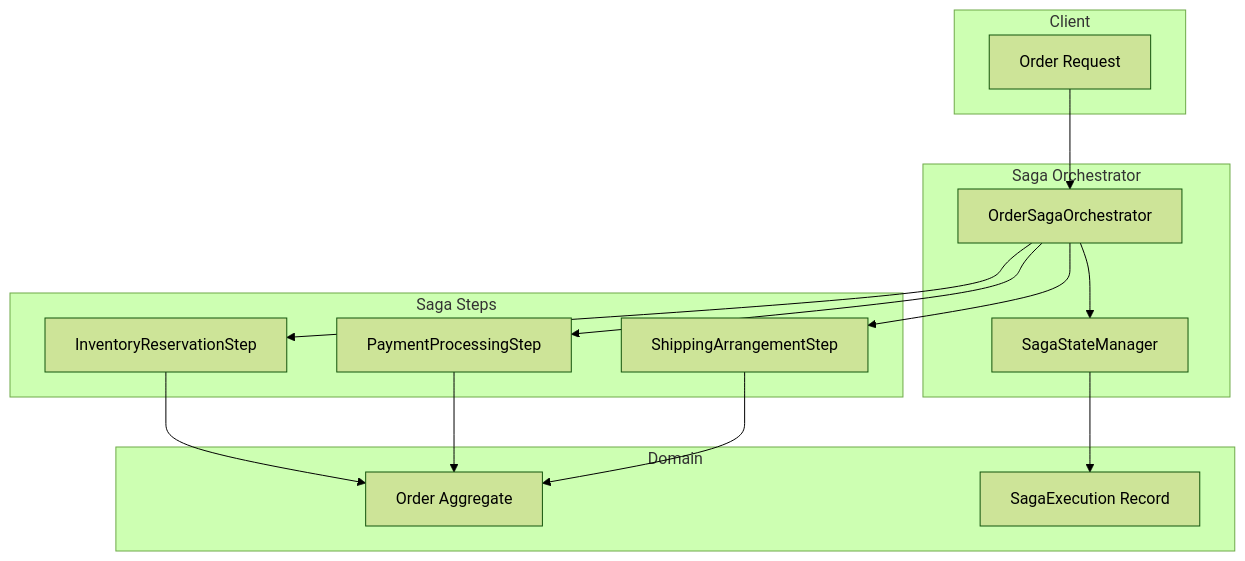
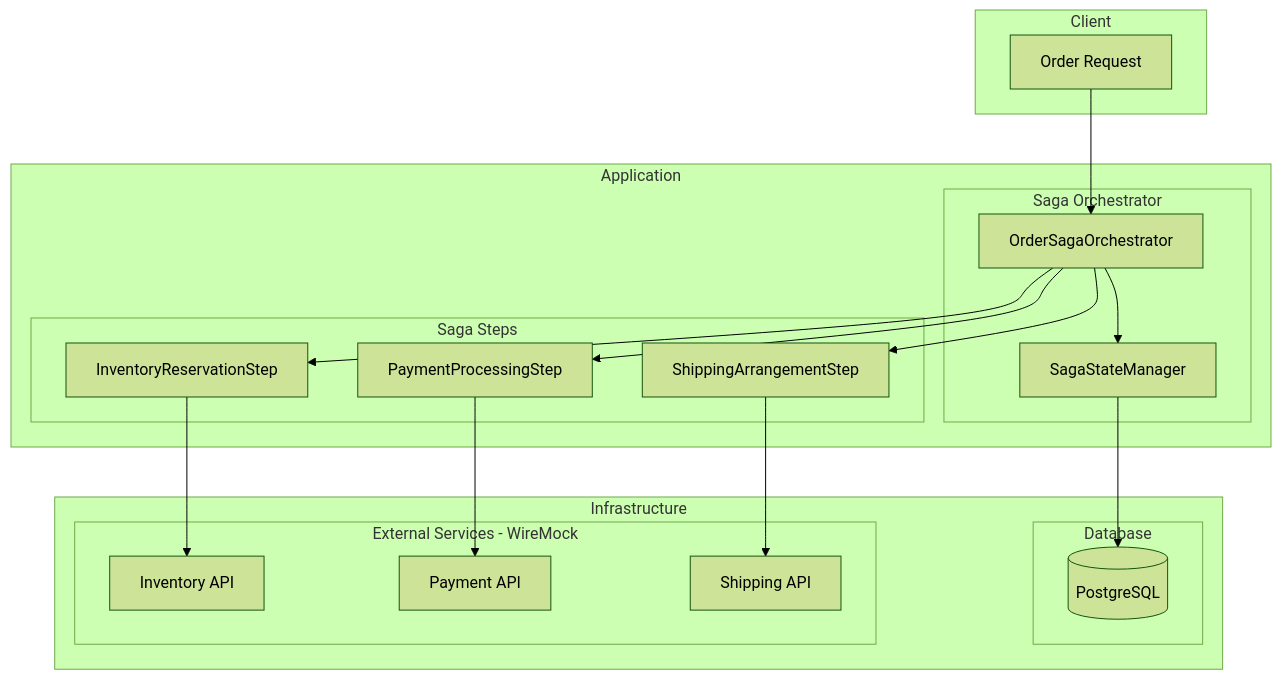
The first of 2 diagrams in saga-pattern-spike/docs/implementation-plans/SAGA-001-multi-step-order-process.md (cebartling/spring-boot-spikes), drawn with Mermaid (forest theme) before and after one commit. The commit also changed other lines of this file and 11 other files, not shown here.

First line of the commit message:
infra: Add Docker Compose with PostgreSQL and WireMock

````diff
--- a/saga-pattern-spike/docs/implementation-plans/SAGA-001-multi-step-order-process.md
+++ b/saga-pattern-spike/docs/implementation-plans/SAGA-001-multi-step-order-process.md
@@ -9,30 +9,41 @@
 ```mermaid
 flowchart TB
     subgraph Client
         A[Order Request]
     end
 
-    subgraph Saga Orchestrator
-        B[OrderSagaOrchestrator]
-        C[SagaStateManager]
+    subgraph Application
+        subgraph Saga Orchestrator
+            B[OrderSagaOrchestrator]
+            C[SagaStateManager]
+        end
+
+        subgraph Saga Steps
+            D[InventoryReservationStep]
+            E[PaymentProcessingStep]
+            F[ShippingArrangementStep]
+        end
     end
 
-    subgraph Saga Steps
-        D[InventoryReservationStep]
-        E[PaymentProcessingStep]
-        F[ShippingArrangementStep]
-    end
+    subgraph Infrastructure
+        subgraph Database
+            PG[(PostgreSQL)]
+        end
 
-    subgraph Domain
-        G[Order Aggregate]
-        H[SagaExecution Record]
+        subgraph External Services - WireMock
+            INV[Inventory API]
+            PAY[Payment API]
+            SHIP[Shipping API]
+        end
     end
 
     A --> B
     B --> C
     B --> D
     B --> E
     B --> F
-    C --> H
-    D & E & F --> G
+    C --> PG
+    D --> INV
+    E --> PAY
+    F --> SHIP
 ```
````
